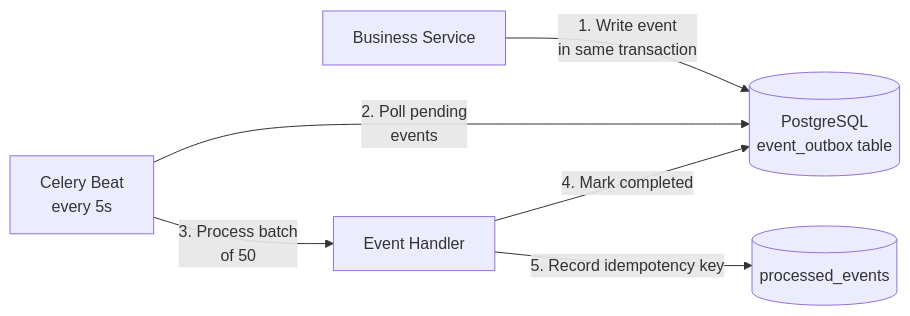
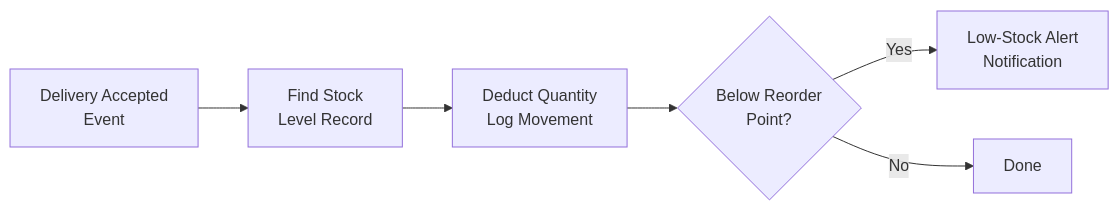
Before and after one commit to arunmenon/PortiQ: diagram 11 of 14 in docs/FEATURES_AND_ARCHITECTURE.md, drawn with Mermaid. The commit also changed other lines of this file and 90 other files, not shown here.

````diff
--- a/docs/FEATURES_AND_ARCHITECTURE.md
+++ b/docs/FEATURES_AND_ARCHITECTURE.md
@@ -910,8 +700,8 @@
 ```mermaid
 flowchart LR
-    SERVICE[Business Service] -->|1. Write event<br/>in same transaction| DB[(PostgreSQL<br/>event_outbox table)]
-    POLLER[Celery Beat<br/>every 5s] -->|2. Poll pending<br/>events| DB
-    POLLER -->|3. Process batch<br/>of 50| HANDLER[Event Handler]
-    HANDLER -->|4. Mark completed| DB
-    HANDLER -->|5. Record idempotency key| PROCESSED[(processed_events)]
+    ACCEPT[Delivery Accepted<br/>Event] --> FIND[Find Stock<br/>Level Record]
+    FIND --> DEDUCT[Deduct Quantity<br/>Log Movement]
+    DEDUCT --> CHECK{Below Reorder<br/>Point?}
+    CHECK -->|Yes| ALERT[Low-Stock Alert<br/>Notification]
+    CHECK -->|No| DONE[Done]
 ```
````
